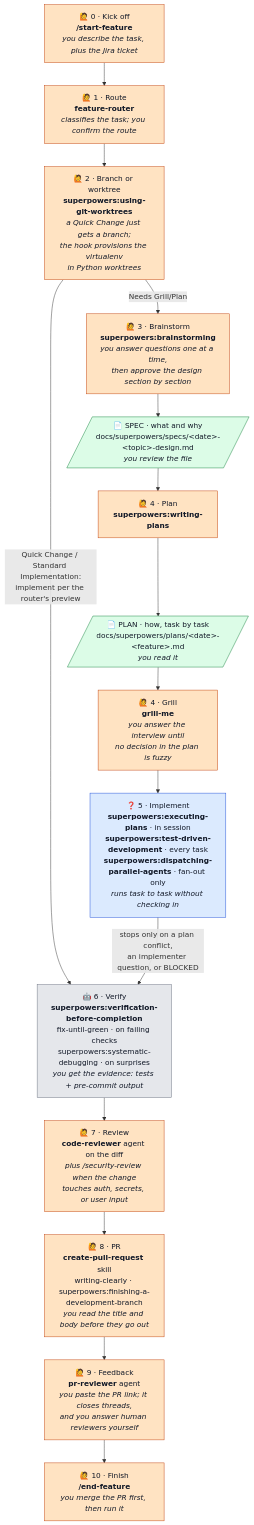
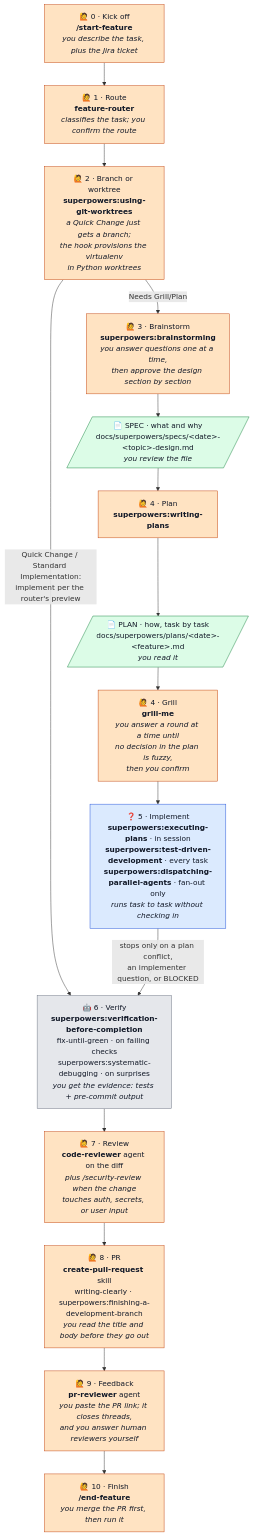
The diagram in README.md (bertini36/dotfiles), drawn with Mermaid before and after one commit. The commit also changed other lines of this file and 3 other files, not shown here.

First line of the commit message:
feat: grill in rounds instead of one question at a time

````diff
--- a/README.md
+++ b/README.md
@@ -165,35 +165,35 @@
 ```mermaid
 flowchart TD
     K["🙋 0 · Kick off<br><b>/start-feature</b><br><i>you describe the task, plus the Jira ticket</i>"]
     RT["🙋 1 · Route<br><b>feature-router</b><br><i>classifies the task; you confirm the route</i>"]
     W["🙋 2 · Branch or worktree<br><b>superpowers:using-git-worktrees</b><br><i>a Quick Change just gets a branch;<br>the hook provisions the virtualenv<br>in Python worktrees</i>"]
     B["🙋 3 · Brainstorm<br><b>superpowers:brainstorming</b><br><i>you answer questions one at a time,<br>then approve the design section by section</i>"]
     SPEC[/"📄 SPEC · what and why<br>docs/superpowers/specs/&lt;date&gt;-&lt;topic&gt;-design.md<br><i>you review the file</i>"/]
     P["🙋 4 · Plan<br><b>superpowers:writing-plans</b>"]
     PLAN[/"📄 PLAN · how, task by task<br>docs/superpowers/plans/&lt;date&gt;-&lt;feature&gt;.md<br><i>you read it</i>"/]
-    G["🙋 4 · Grill<br><b>grill-me</b><br><i>you answer the interview until<br>no decision in the plan is fuzzy</i>"]
+    G["🙋 4 · Grill<br><b>grill-me</b><br><i>you answer a round at a time until<br>no decision in the plan is fuzzy,<br>then you confirm</i>"]
     I["❓ 5 · Implement<br><b>superpowers:executing-plans</b> · in session<br><b>superpowers:test-driven-development</b> · every task<br><b>superpowers:dispatching-parallel-agents</b> · fan-out only<br><i>runs task to task without checking in</i>"]
     Y["🤖 6 · Verify<br><b>superpowers:verification-before-completion</b><br>fix-until-green · on failing checks<br>superpowers:systematic-debugging · on surprises<br><i>you get the evidence: tests + pre-commit output</i>"]
     R["🙋 7 · Review<br><b>code-reviewer</b> agent on the diff<br><i>plus /security-review when the change<br>touches auth, secrets, or user input</i>"]
     PR["🙋 8 · PR<br><b>create-pull-request</b> skill<br>writing-clearly · superpowers:finishing-a-development-branch<br><i>you read the title and body before they go out</i>"]
     F["🙋 9 · Feedback<br><b>pr-reviewer</b> agent<br><i>you paste the PR link; it closes threads,<br>and you answer human reviewers yourself</i>"]
     Z["🙋 10 · Finish<br><b>/end-feature</b><br><i>you merge the PR first, then run it</i>"]
 
     K --> RT --> W
     W -- "Quick Change / Standard Implementation:<br>implement per the router's preview" --> Y
     W -- "Needs Grill/Plan" --> B
     B --> SPEC --> P
     P --> PLAN --> G
     G --> I
     I -- "stops only on a plan conflict,<br>an implementer question, or BLOCKED" --> Y
     Y --> R --> PR --> F --> Z
 
     classDef you fill:#FFE3C2,stroke:#C2410C,color:#111827
     classDef auto fill:#E5E7EB,stroke:#6B7280,color:#111827
     classDef ask fill:#DBEAFE,stroke:#1D4ED8,color:#111827
     classDef doc fill:#DCFCE7,stroke:#15803D,color:#111827
     class K,RT,W,B,P,G,R,PR,F,Z you
     class Y auto
     class I ask
     class SPEC,PLAN doc
 ```
````
